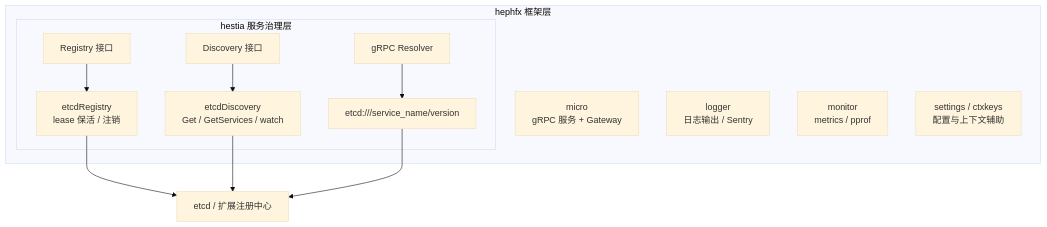
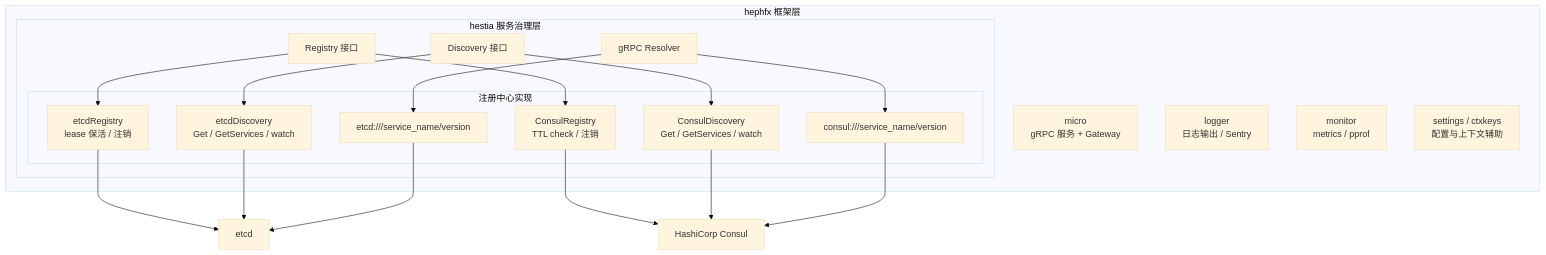
The diagram in README.md (daheige/hephfx), drawn with Mermaid (base theme) before and after one commit. The commit also changed other lines of this file and 1 other file, not shown here.

````diff
--- a/README.md
+++ b/README.md
@@ -50,26 +52,40 @@
 ```mermaid
 graph TB
     subgraph hephfx["hephfx 框架层"]
         micro["micro<br/>gRPC 服务 + Gateway"]
         logger["logger<br/>日志输出 / Sentry"]
         monitor["monitor<br/>metrics / pprof"]
         settings["settings / ctxkeys<br/>配置与上下文辅助"]
 
         subgraph hestia["hestia 服务治理层"]
             registry["Registry 接口"]
             discovery["Discovery 接口"]
             resolver["gRPC Resolver"]
-            etcdRegistry["etcdRegistry<br/>lease 保活 / 注销"]
-            etcdDiscovery["etcdDiscovery<br/>Get / GetServices / watch"]
-            etcdResolver["etcd:///service_name/version"]
+
+            subgraph hestiaImpl["注册中心实现"]
+                etcdRegistry["etcdRegistry<br/>lease 保活 / 注销"]
+                etcdDiscovery["etcdDiscovery<br/>Get / GetServices / watch"]
+                etcdResolver["etcd:///service_name/version"]
+
+                consulRegistry["ConsulRegistry<br/>TTL check / 注销"]
+                consulDiscovery["ConsulDiscovery<br/>Get / GetServices / watch"]
+                consulResolver["consul:///service_name/version"]
+            end
         end
     end
 
     registry --> etcdRegistry
+    registry --> consulRegistry
     discovery --> etcdDiscovery
+    discovery --> consulDiscovery
     resolver --> etcdResolver
+    resolver --> consulResolver
 
-    etcdRegistry --> etcd["etcd / 扩展注册中心"]
+    etcdRegistry --> etcd["etcd"]
     etcdDiscovery --> etcd
     etcdResolver --> etcd
+
+    consulRegistry --> consul["HashiCorp Consul"]
+    consulDiscovery --> consul
+    consulResolver --> consul
 ```
````
